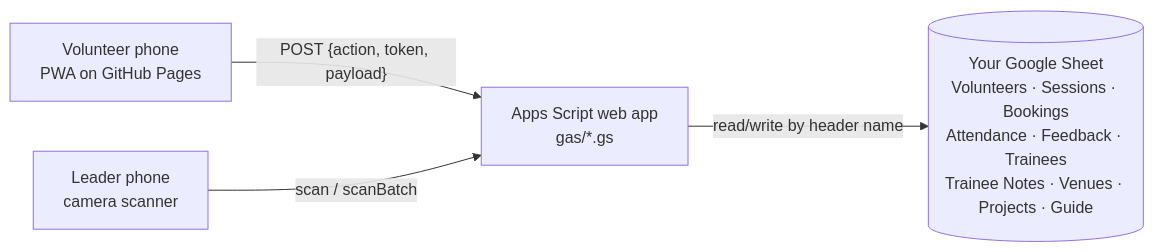
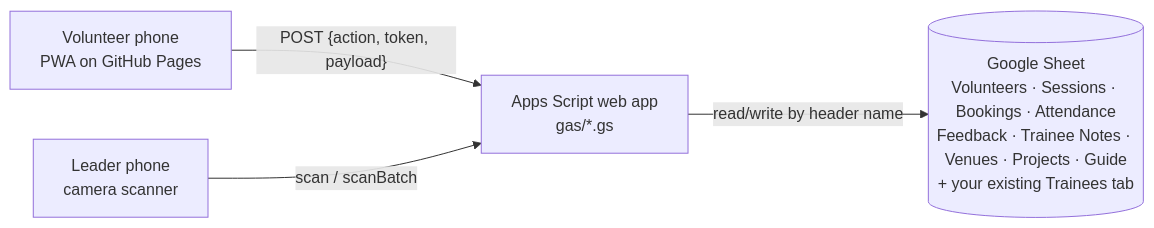
Before and after one commit to vcoder302026/T4G-Sem12627-MINDS-APP: the diagram in volunteer-app/README.md, drawn with Mermaid. The commit also changed other lines of this file and 11 other files, not shown here.

````diff
--- a/volunteer-app/README.md
+++ b/volunteer-app/README.md
@@ -25,6 +63,6 @@
 ```mermaid
 flowchart LR
   V[Volunteer phone<br/>PWA on GitHub Pages] -- "POST {action, token, payload}" --> G[Apps Script web app<br/>gas/*.gs]
   L[Leader phone<br/>camera scanner] -- "scan / scanBatch" --> G
-  G -- "read/write by header name" --> S[(Your Google Sheet<br/>Volunteers · Sessions · Bookings<br/>Attendance · Feedback · Trainees<br/>Trainee Notes · Venues · Projects · Guide)]
+  G -- "read/write by header name" --> S[(Google Sheet<br/>Volunteers · Sessions · Bookings · Attendance<br/>Feedback · Trainee Notes · Venues · Projects · Guide<br/>+ your existing Trainees tab)]
 ```
````
